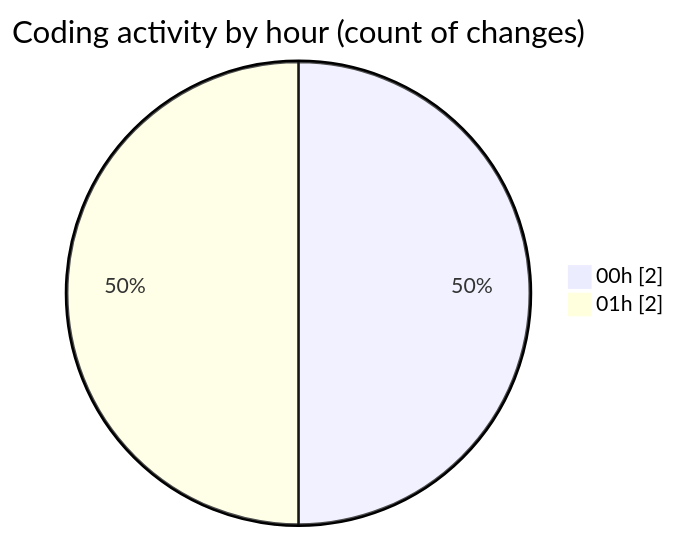
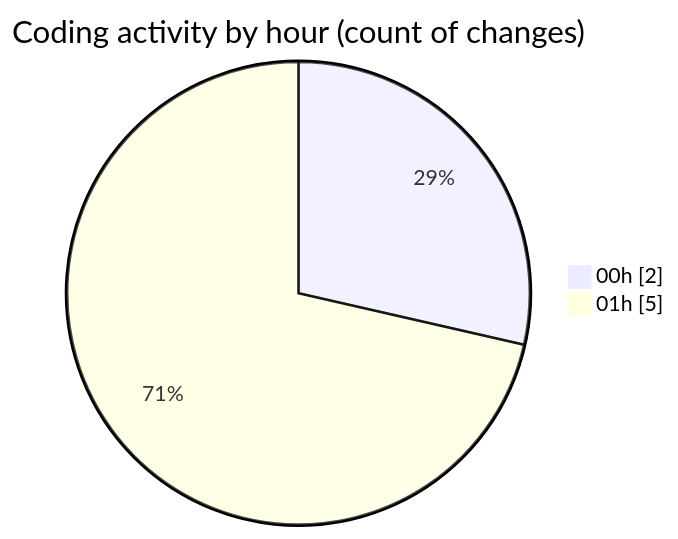
One commit to julien-gomy/code-tracking changed the second of 2 diagrams in 2025-10-17/cdp_aleoudev_fr__workspace_/README.md. Above: the diagram before and after it, drawn with Mermaid. The commit also changed other lines of this file and 1 other file, not shown here.

````diff
--- a/2025-10-17/cdp_aleoudev_fr__workspace_/README.md
+++ b/2025-10-17/cdp_aleoudev_fr__workspace_/README.md
@@ -29,6 +30,6 @@
 ```mermaid
 pie showData
 title Coding activity by hour (count of changes)
 "00h" : 2
-"01h" : 2
+"01h" : 5
 ```
````
